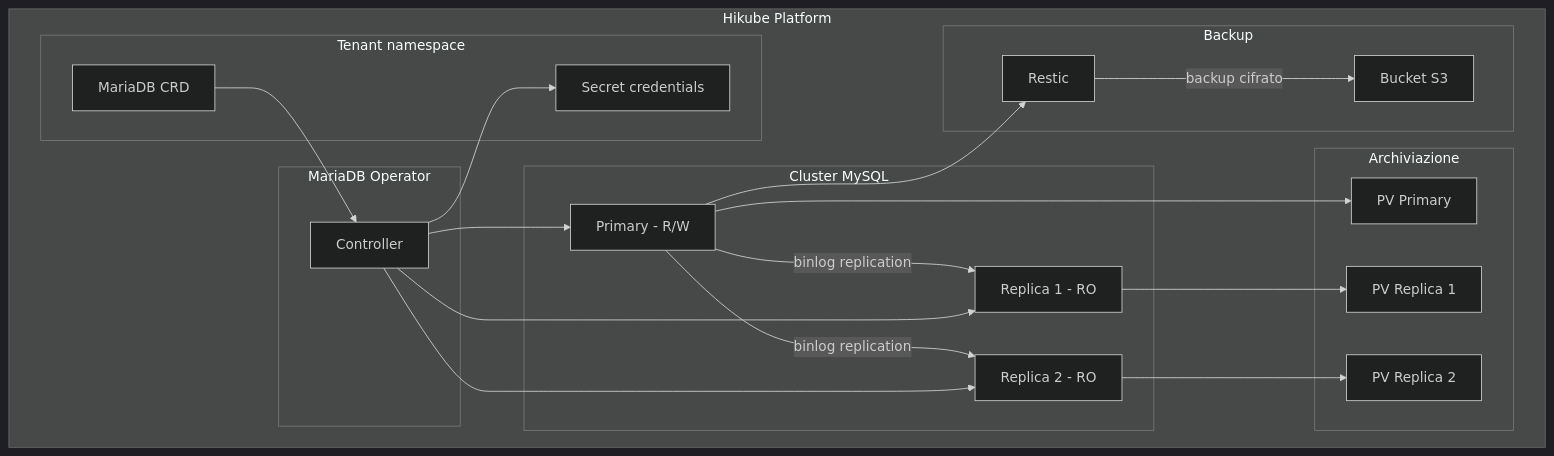
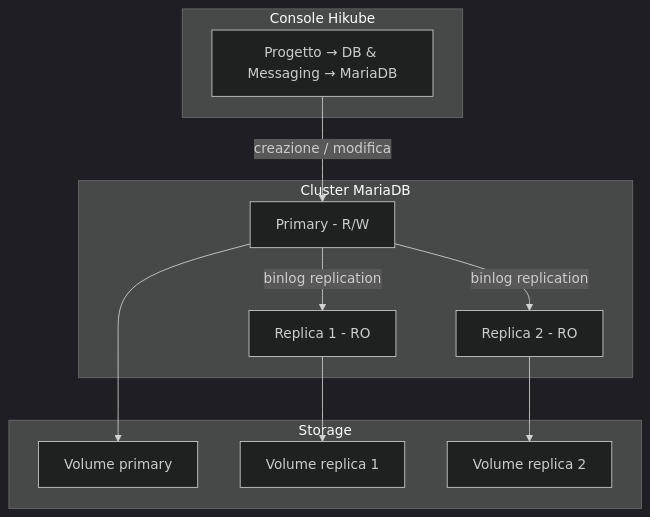
The first of 2 diagrams in i18n/it/docusaurus-plugin-content-docs/current/services/databases/mariadb/concepts.md (HidoraSwiss/hikube-public-doc), drawn with Mermaid (dark theme) before and after one commit. The commit also changed other lines of this file and 148 other files, not shown here.

````diff
--- a/i18n/it/docusaurus-plugin-content-docs/current/services/databases/mariadb/concepts.md
+++ b/i18n/it/docusaurus-plugin-content-docs/current/services/databases/mariadb/concepts.md
@@ -12,43 +12,25 @@
 ```mermaid
 graph TB
-    subgraph "Hikube Platform"
-        subgraph "Tenant namespace"
-            CR[MariaDB CRD]
-            SEC[Secret credentials]
-        end
-
-        subgraph "MariaDB Operator"
-            OP[Controller]
-        end
-
-        subgraph "Cluster MySQL"
-            P[Primary - R/W]
-            R1[Replica 1 - RO]
-            R2[Replica 2 - RO]
-        end
-
-        subgraph "Archiviazione"
-            PV1[PV Primary]
-            PV2[PV Replica 1]
-            PV3[PV Replica 2]
-        end
-
-        subgraph "Backup"
-            S3[Bucket S3]
-            RES[Restic]
-        end
+    subgraph "Console Hikube"
+        UI[Progetto → DB & Messaging → MariaDB]
     end
 
-    CR --> OP
-    OP --> P
-    OP --> R1
-    OP --> R2
+    subgraph "Cluster MariaDB"
+        P[Primary - R/W]
+        R1[Replica 1 - RO]
+        R2[Replica 2 - RO]
+    end
+
+    subgraph "Storage"
+        PV1[Volume primary]
+        PV2[Volume replica 1]
+        PV3[Volume replica 2]
+    end
+
+    UI -->|creazione / modifica| P
     P -->|binlog replication| R1
     P -->|binlog replication| R2
     P --> PV1
     R1 --> PV2
     R2 --> PV3
-    RES -->|backup cifrato| S3
-    P --> RES
-    OP --> SEC
 ```
````
